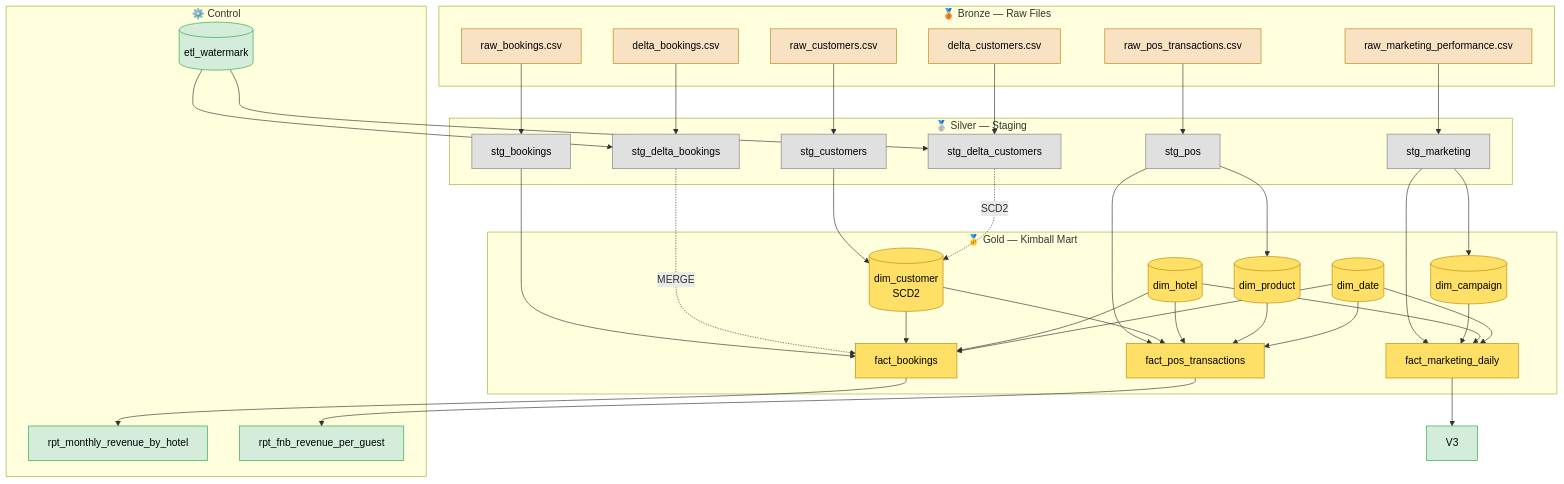
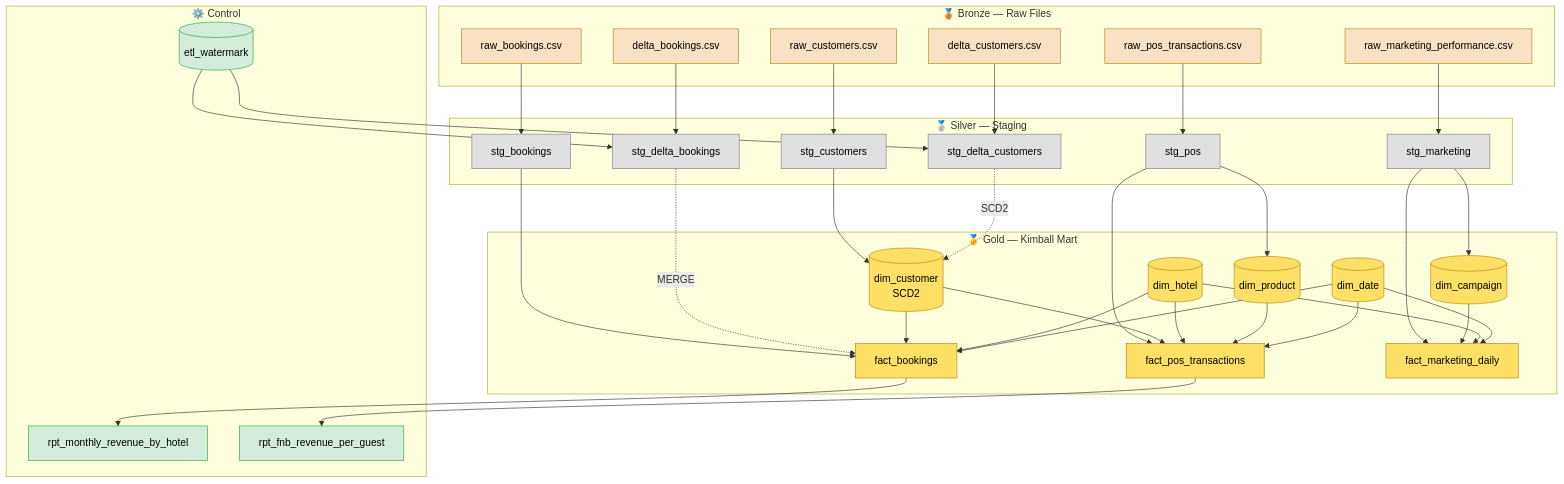
One commit to farizrha/heyrcg-assignment changed the diagram in README.md. Above: the diagram before and after it, drawn with Mermaid.

````diff
--- a/README.md
+++ b/README.md
@@ -55,81 +55,80 @@
 ```mermaid
 flowchart TB
     subgraph Bronze["🥉 Bronze — Raw Files"]
         RB[raw_bookings.csv]
         RC[raw_customers.csv]
         RP[raw_pos_transactions.csv]
         RM[raw_marketing_performance.csv]
         DB[delta_bookings.csv]
         DC[delta_customers.csv]
     end
 
     subgraph Silver["🥈 Silver — Staging"]
         SB[stg_bookings]
         SC[stg_customers]
         SP[stg_pos]
         SM[stg_marketing]
         SDB[stg_delta_bookings]
         SDC[stg_delta_customers]
     end
 
     subgraph Gold["🥇 Gold — Kimball Mart"]
         DCUST[(dim_customer<br/>SCD2)]
         DHOT[(dim_hotel)]
         DDATE[(dim_date)]
         DPROD[(dim_product)]
         DCAMP[(dim_campaign)]
         FB[fact_bookings]
         FP[fact_pos_transactions]
         FM[fact_marketing_daily]
     end
 
     subgraph Control["⚙️ Control"]
         WM[(etl_watermark)]
         V1[rpt_monthly_revenue_by_hotel]
         V2[rpt_fnb_revenue_per_guest]
     end
 
     RB --> SB
     RC --> SC
     RP --> SP
     RM --> SM
     DB --> SDB
     DC --> SDC
 
     SB --> FB
     SC --> DCUST
     SP --> DPROD
     SP --> FP
     SM --> DCAMP
     SM --> FM
 
     SDB -.MERGE.-> FB
     SDC -.SCD2.-> DCUST
 
     DCUST --> FB
     DHOT --> FB
     DDATE --> FB
     DCUST --> FP
     DHOT --> FP
     DPROD --> FP
     DDATE --> FP
     DCAMP --> FM
     DHOT --> FM
     DDATE --> FM
 
     WM --> SDB
     WM --> SDC
 
     FB --> V1
     FP --> V2
-    FM --> V3
 
     classDef bronze fill:#f9e2c4,stroke:#b8860b,color:#000
     classDef silver fill:#e0e0e0,stroke:#808080,color:#000
     classDef gold fill:#ffe066,stroke:#b8860b,color:#000
     classDef control fill:#d4edda,stroke:#28a745,color:#000
     class RB,RC,RP,RM,DB,DC bronze
     class SB,SC,SP,SM,SDB,SDC silver
     class DCUST,DHOT,DDATE,DPROD,DCAMP,FB,FP,FM gold
     class WM,V1,V2,V3 control
 ```
````
